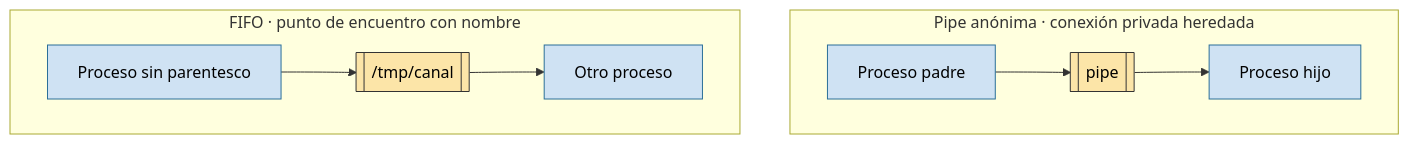
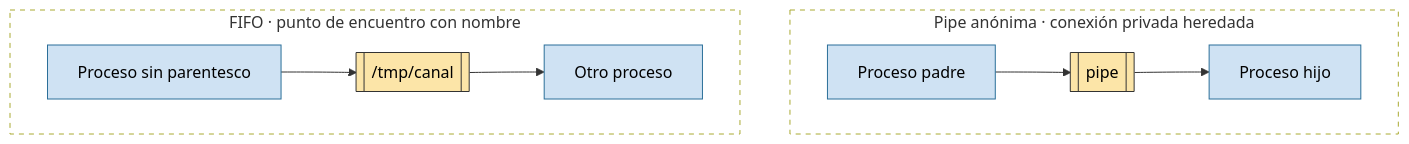
The third of 3 diagrams in TEORIA/07-ipc-pipes-y-fifos/README.md (asiermarzo/ssoo), drawn with Mermaid before and after one commit. The commit also changed 12 other files, not shown here.

Commit message:
ajuste subrects de mermaids

````diff
--- a/TEORIA/07-ipc-pipes-y-fifos/README.md
+++ b/TEORIA/07-ipc-pipes-y-fifos/README.md
@@ -56,14 +56,16 @@
 ```mermaid
 flowchart TB
     subgraph A["Pipe anónima · conexión privada heredada"]
         PA[Proceso padre] --> P[[pipe]] --> PH[Proceso hijo]
     end
     subgraph F["FIFO · punto de encuentro con nombre"]
         X[Proceso sin parentesco] --> N[["/tmp/canal"]] --> Y[Otro proceso]
     end
 
     classDef proceso fill:#cfe2f3,stroke:#2b6f99,color:#000;
     classDef canal fill:#fce5a8,stroke:#333,color:#000;
     class PA,PH,X,Y proceso;
     class P,N canal;
+    style A fill:none,stroke-dasharray: 5 5;
+    style F fill:none,stroke-dasharray: 5 5;
 ```
````
